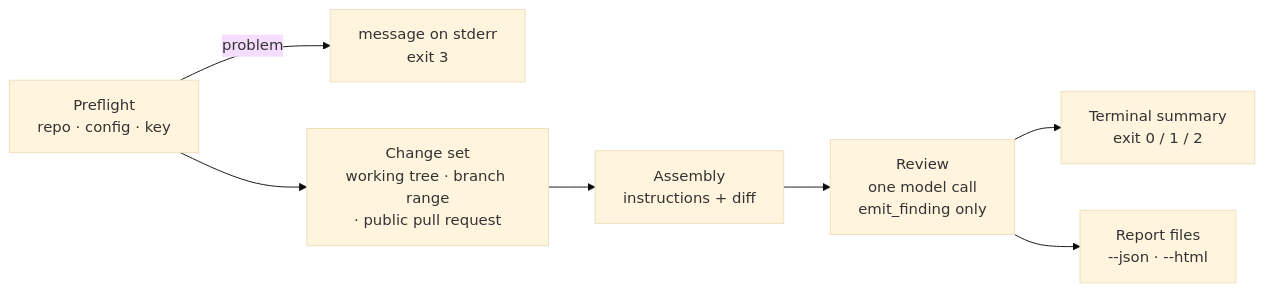
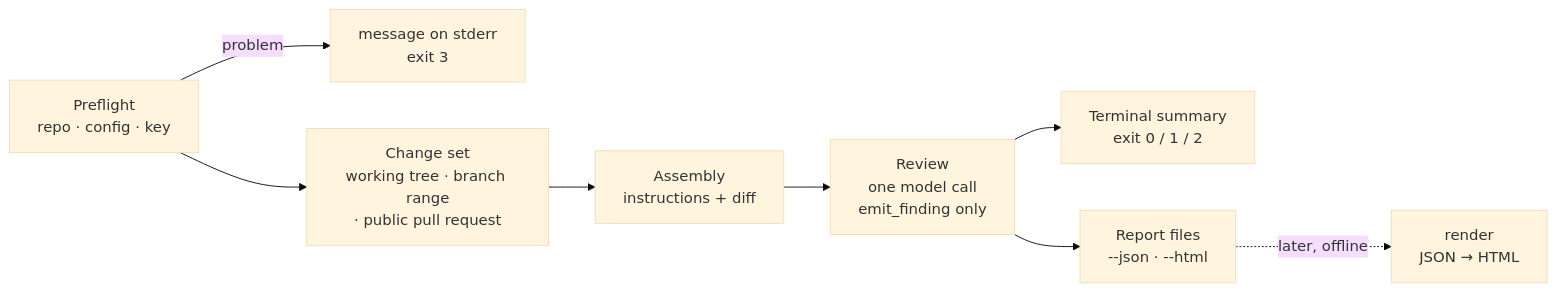
Before and after one commit to nhahub/NHA-5-285: the diagram in Docs/operation_guidelines.md, drawn with Mermaid (base theme). The commit also changed other lines of this file, not shown here.

````diff
--- a/Docs/operation_guidelines.md
+++ b/Docs/operation_guidelines.md
@@ -34,9 +35,10 @@
 ```mermaid
 flowchart LR
     P["Preflight<br/>repo · config · key"] -->|problem| X["message on stderr<br/>exit 3"]
     P --> C["Change set<br/>working tree · branch range<br/>· public pull request"]
     C --> A["Assembly<br/>instructions + diff"]
     A --> R["Review<br/>one model call<br/>emit_finding only"]
     R --> O["Terminal summary<br/>exit 0 / 1 / 2"]
     R --> F["Report files<br/>--json · --html"]
+    F -.->|"later, offline"| G["render<br/>JSON → HTML"]
 ```
````
